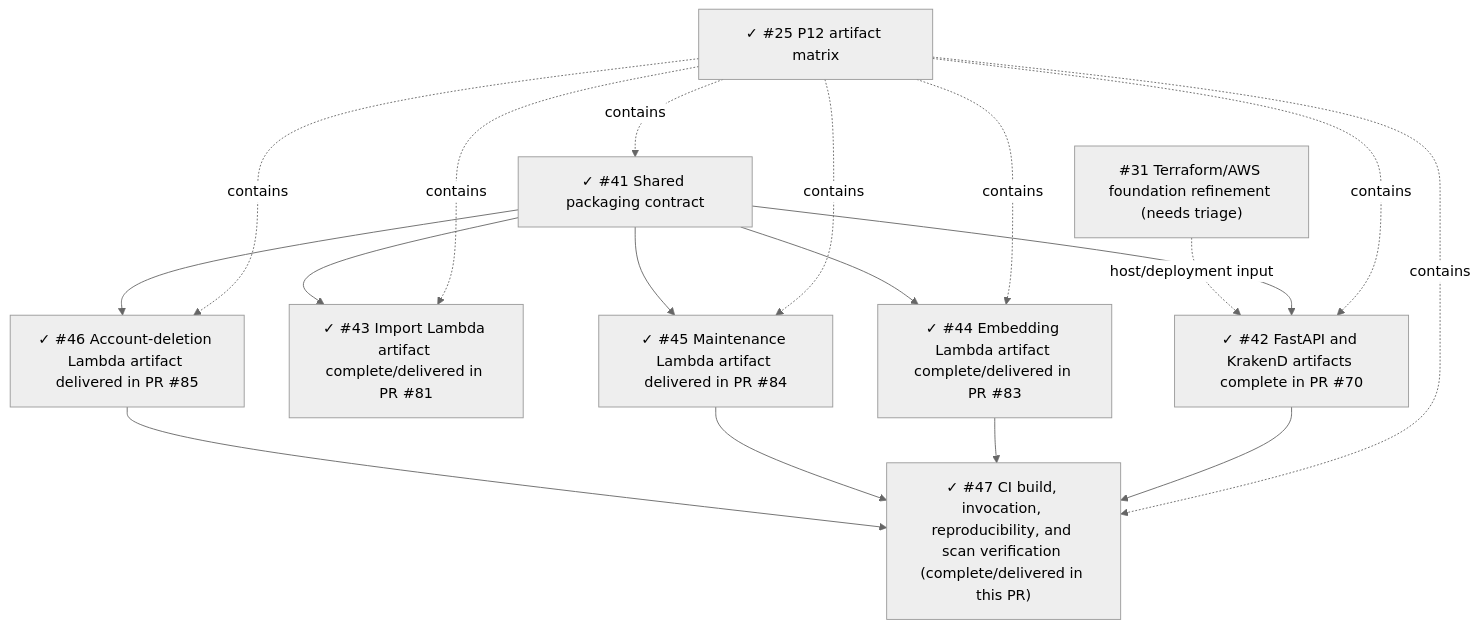
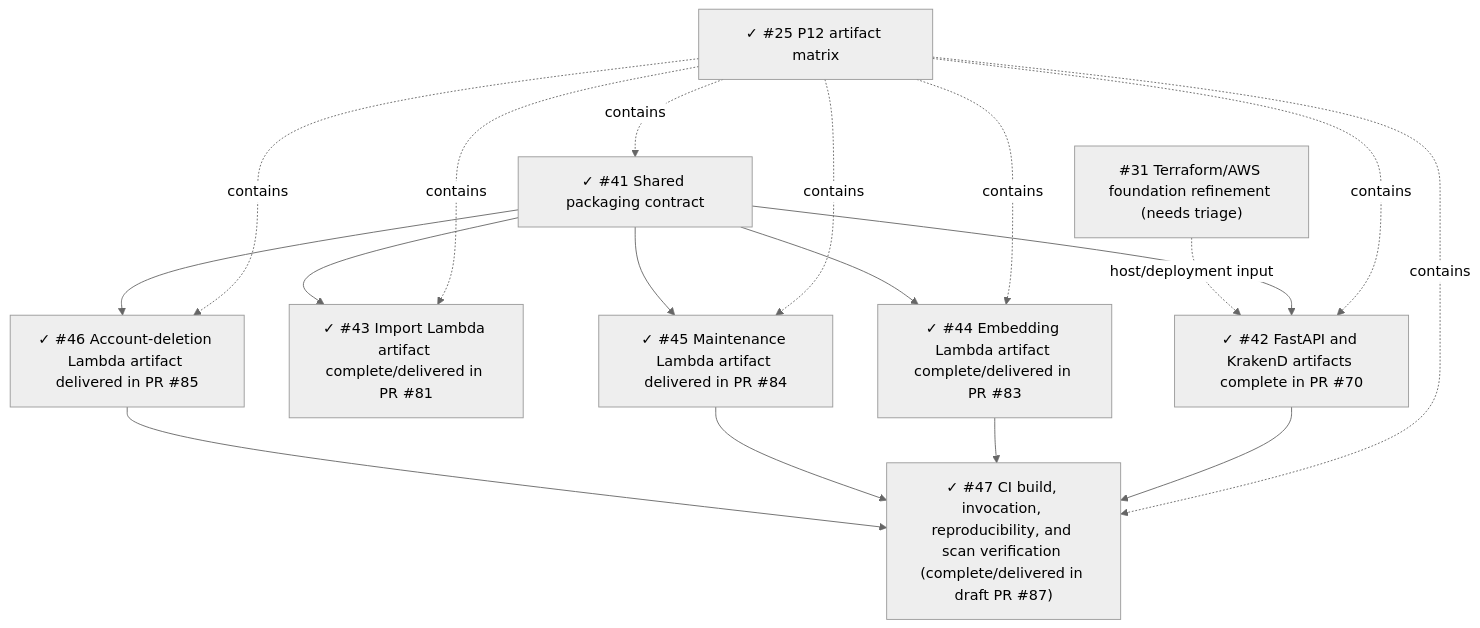
One commit to starkovalera/recipe-manager changed the diagram in docs/specs/2026-08-14-p12-production-artifact-matrix.md. Above: the diagram before and after it, drawn with Mermaid (neutral theme). The commit also changed other lines of this file and 2 other files, not shown here.

Commit message:
docs: link issue 47 delivery PR

````diff
--- a/docs/specs/2026-08-14-p12-production-artifact-matrix.md
+++ b/docs/specs/2026-08-14-p12-production-artifact-matrix.md
@@ -256,33 +256,33 @@
 ```mermaid
 flowchart TD
   p25["✓ #25 P12 artifact matrix"]
   shared["✓ #41 Shared packaging contract"]
   api["✓ #42 FastAPI and KrakenD artifacts complete in PR #70"]
   import["✓ #43 Import Lambda artifact complete/delivered in PR #81"]
   embedding["✓ #44 Embedding Lambda artifact complete/delivered in PR #83"]
   maintenance["✓ #45 Maintenance Lambda artifact delivered in PR #84"]
   deletion["✓ #46 Account-deletion Lambda artifact delivered in PR #85"]
-  ci["✓ #47 CI build, invocation, reproducibility, and scan verification (complete/delivered in this PR)"]
+  ci["✓ #47 CI build, invocation, reproducibility, and scan verification (complete/delivered in draft PR #87)"]
   infra["#31 Terraform/AWS foundation refinement (needs triage)"]
 
   p25 -. contains .-> shared
   p25 -. contains .-> api
   p25 -. contains .-> import
   p25 -. contains .-> embedding
   p25 -. contains .-> maintenance
   p25 -. contains .-> deletion
   p25 -. contains .-> ci
 
   shared --> api
   shared --> import
   shared --> embedding
   shared --> maintenance
   shared --> deletion
 
   api --> ci
   embedding --> ci
   maintenance --> ci
   deletion --> ci
 
   infra -. host/deployment input .-> api
 ```
````
